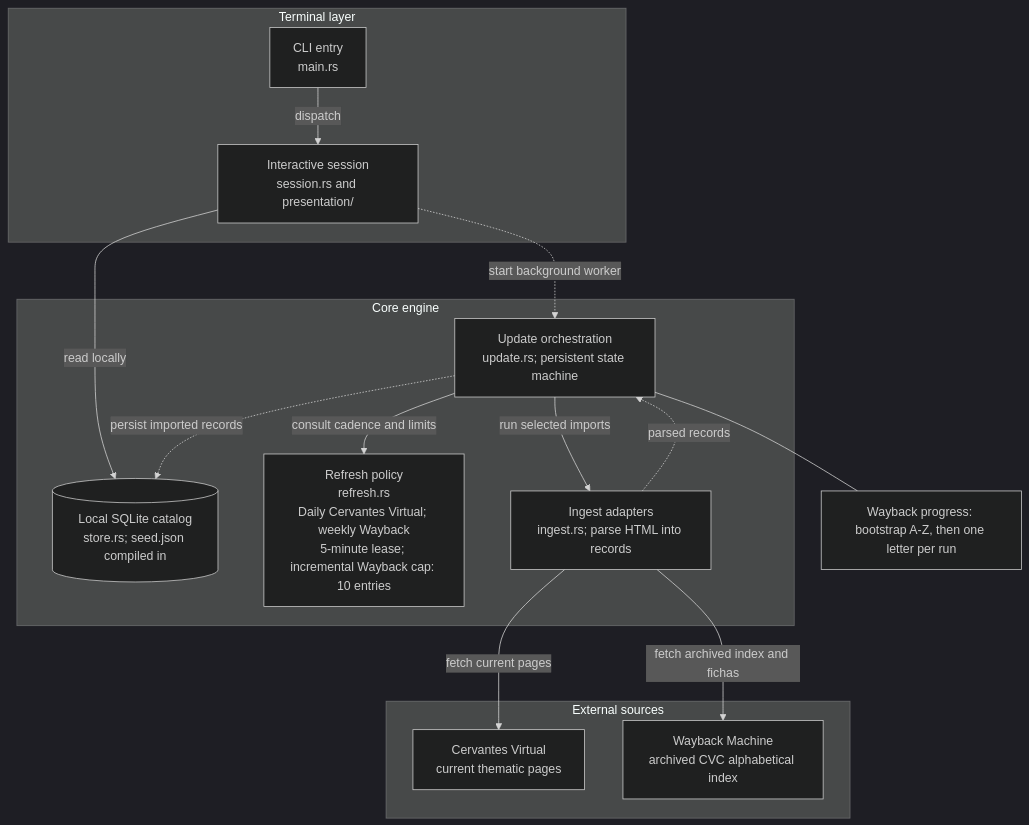
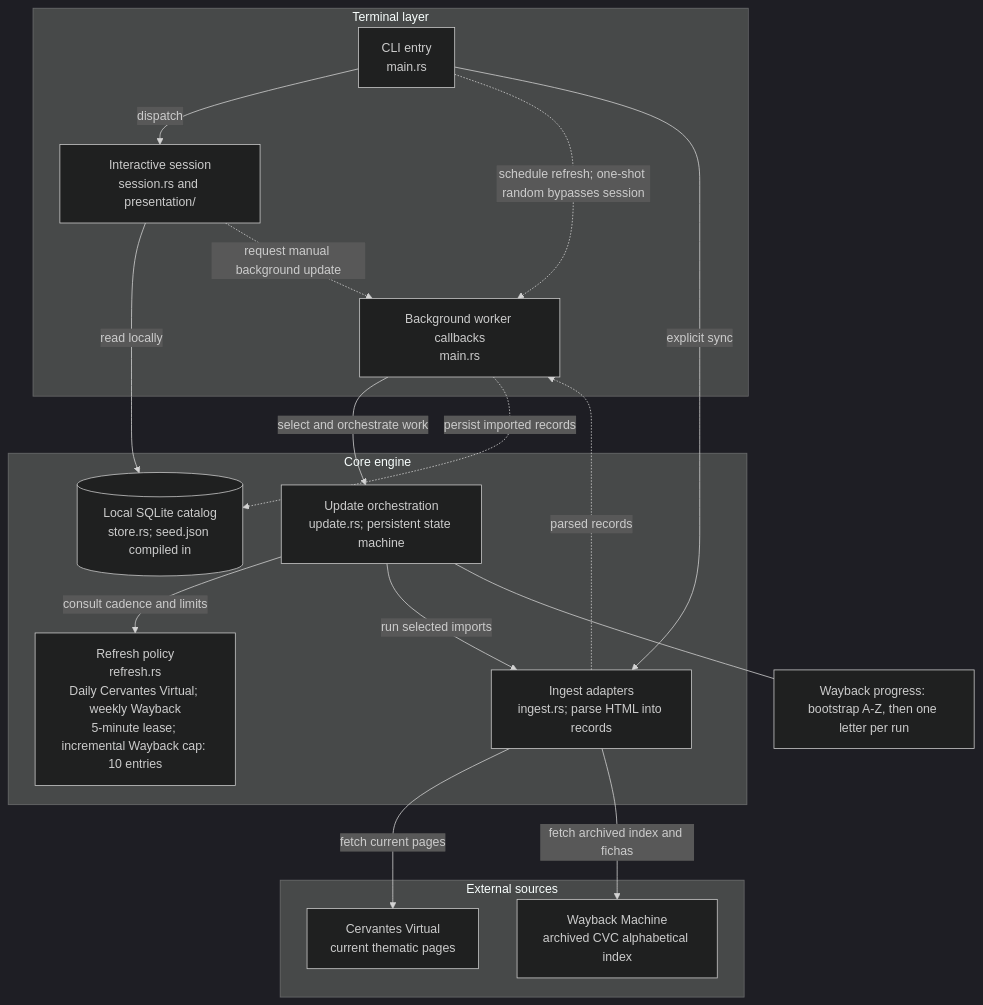
The diagram in docs/diagrams/architecture-internal.mmd (yacosta738/refranero), drawn with Mermaid (dark theme) before and after one commit. The commit also changed 4 other files, not shown here.

First line of the commit message:
docs: correct architecture and refresh flow diagrams

```diff
--- a/docs/diagrams/architecture-internal.mmd
+++ b/docs/diagrams/architecture-internal.mmd
@@ -1,30 +1,34 @@
 flowchart TB
     subgraph terminal[Terminal layer]
         main[CLI entry<br/>main.rs]
+        worker[Background worker callbacks<br/>main.rs]
         session[Interactive session<br/>session.rs and presentation/]
     end
 
     subgraph core[Core engine]
         catalog[(Local SQLite catalog<br/>store.rs; seed.json compiled in)]
         update[Update orchestration<br/>update.rs; persistent state machine]
         policy[Refresh policy<br/>refresh.rs<br/>Daily Cervantes Virtual; weekly Wayback<br/>5-minute lease; incremental Wayback cap: 10 entries]
         ingest[Ingest adapters<br/>ingest.rs; parse HTML into records]
     end
 
     subgraph external[External sources]
         virtual[Cervantes Virtual<br/>current thematic pages]
         wayback[Wayback Machine<br/>archived CVC alphabetical index]
     end
 
     main -->|dispatch| session
     session -->|read locally| catalog
-    session -.->|start background worker| update
+    session -.->|request manual background update| worker
+    main -.->|schedule refresh; one-shot random bypasses session| worker
+    main -->|explicit sync| ingest
+    worker -->|select and orchestrate work| update
     update -->|consult cadence and limits| policy
     update -->|run selected imports| ingest
     ingest -->|fetch current pages| virtual
     ingest -->|fetch archived index and fichas| wayback
-    ingest -.->|parsed records| update
-    update -.->|persist imported records| catalog
+    ingest -.->|parsed records| worker
+    worker -.->|persist imported records| catalog
 
     state[Wayback progress: bootstrap A-Z, then one letter per run]
     update --- state
```
